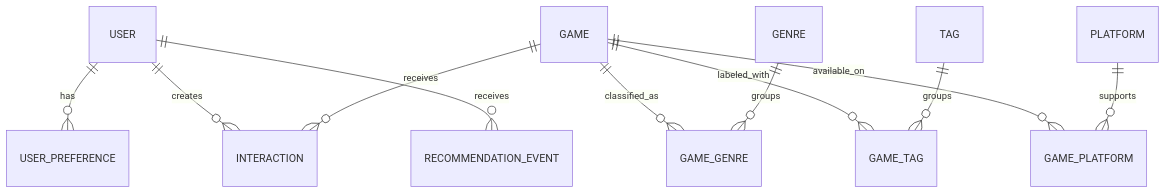
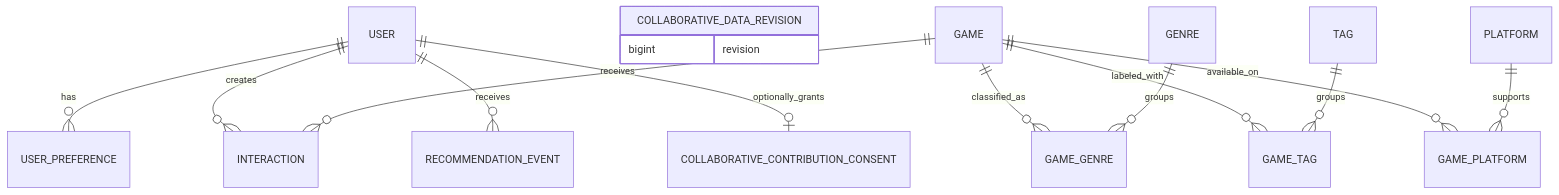
Before and after one commit to Khang206206/gamelens-ai: the diagram in docs/data-model.md, drawn with Mermaid. The commit also changed other lines of this file and 36 other files, not shown here.

````diff
--- a/docs/data-model.md
+++ b/docs/data-model.md
@@ -42,13 +43,17 @@
 ```mermaid
 erDiagram
     USER ||--o{ USER_PREFERENCE : has
     USER ||--o{ INTERACTION : creates
     USER ||--o{ RECOMMENDATION_EVENT : receives
+    USER ||--o| COLLABORATIVE_CONTRIBUTION_CONSENT : optionally_grants
+    COLLABORATIVE_DATA_REVISION {
+        bigint revision
+    }
     GAME ||--o{ INTERACTION : receives
     GAME ||--o{ GAME_GENRE : classified_as
     GENRE ||--o{ GAME_GENRE : groups
     GAME ||--o{ GAME_TAG : labeled_with
     TAG ||--o{ GAME_TAG : groups
     GAME ||--o{ GAME_PLATFORM : available_on
     PLATFORM ||--o{ GAME_PLATFORM : supports
 ```
````
